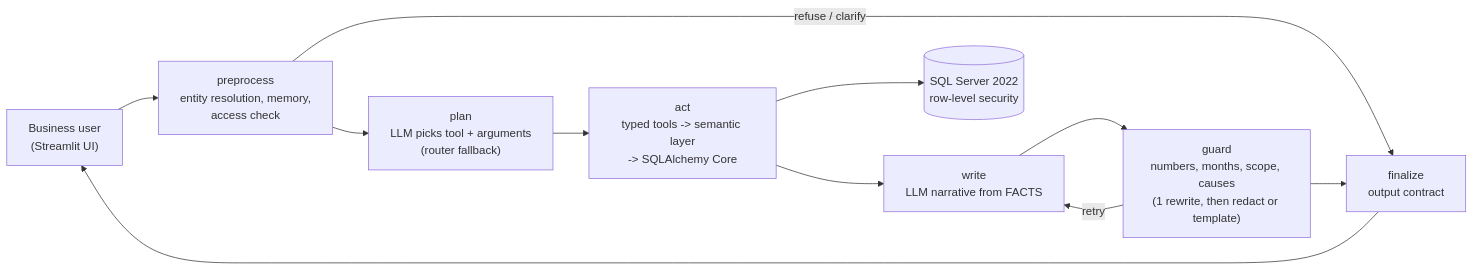
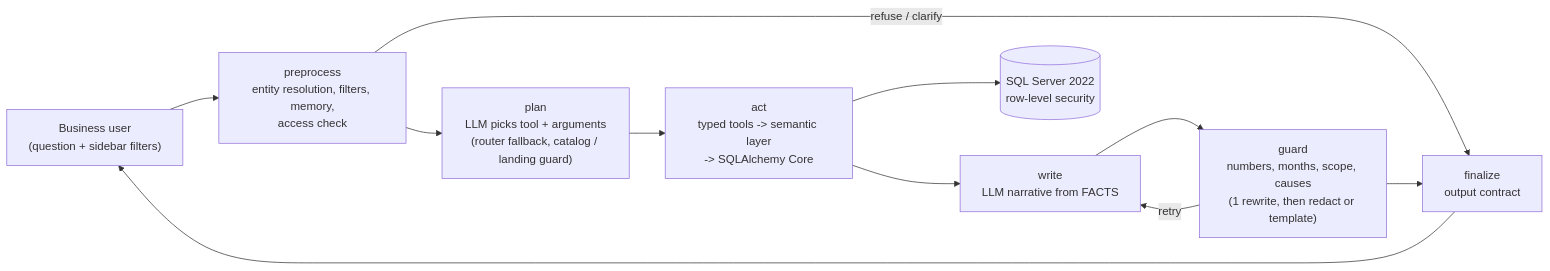
Before and after one commit to ankdeshm/rl-finbot: the second of 3 diagrams in docs/architecture.md, drawn with Mermaid. The commit also changed other lines of this file and 301 other files, not shown here.

````diff
--- a/docs/architecture.md
+++ b/docs/architecture.md
@@ -5,13 +42,13 @@
 ```mermaid
 flowchart LR
-    U["Business user<br/>(Streamlit UI)"] --> P["preprocess<br/>entity resolution, memory,<br/>access check"]
+    U["Business user<br/>(question + sidebar filters)"] --> P["preprocess<br/>entity resolution, filters, memory,<br/>access check"]
     P -->|refuse / clarify| F["finalize<br/>output contract"]
-    P --> PL["plan<br/>LLM picks tool + arguments<br/>(router fallback)"]
+    P --> PL["plan<br/>LLM picks tool + arguments<br/>(router fallback, catalog / landing guard)"]
     PL --> A["act<br/>typed tools -> semantic layer<br/>-> SQLAlchemy Core"]
     A --> DB[("SQL Server 2022<br/>row-level security")]
     A --> W["write<br/>LLM narrative from FACTS"]
     W --> G["guard<br/>numbers, months, scope, causes<br/>(1 rewrite, then redact or template)"]
     G -->|retry| W
     G --> F
     F --> U
 ```
````
